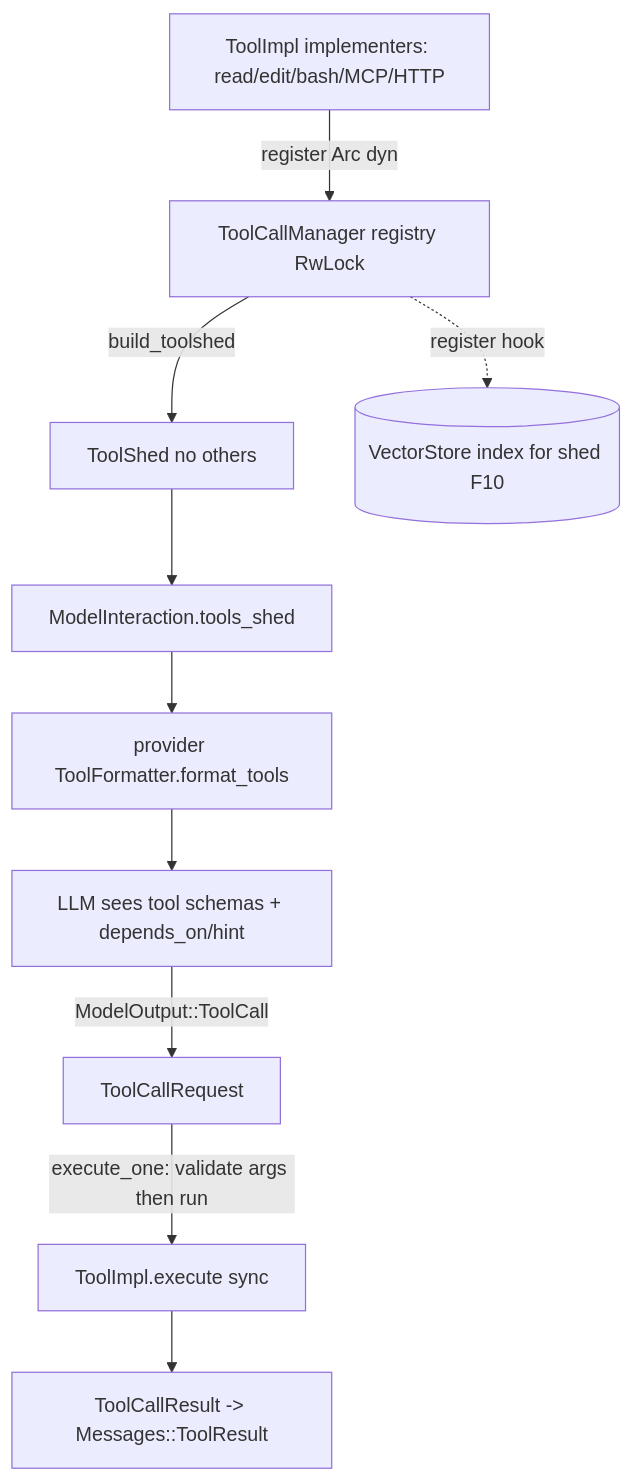
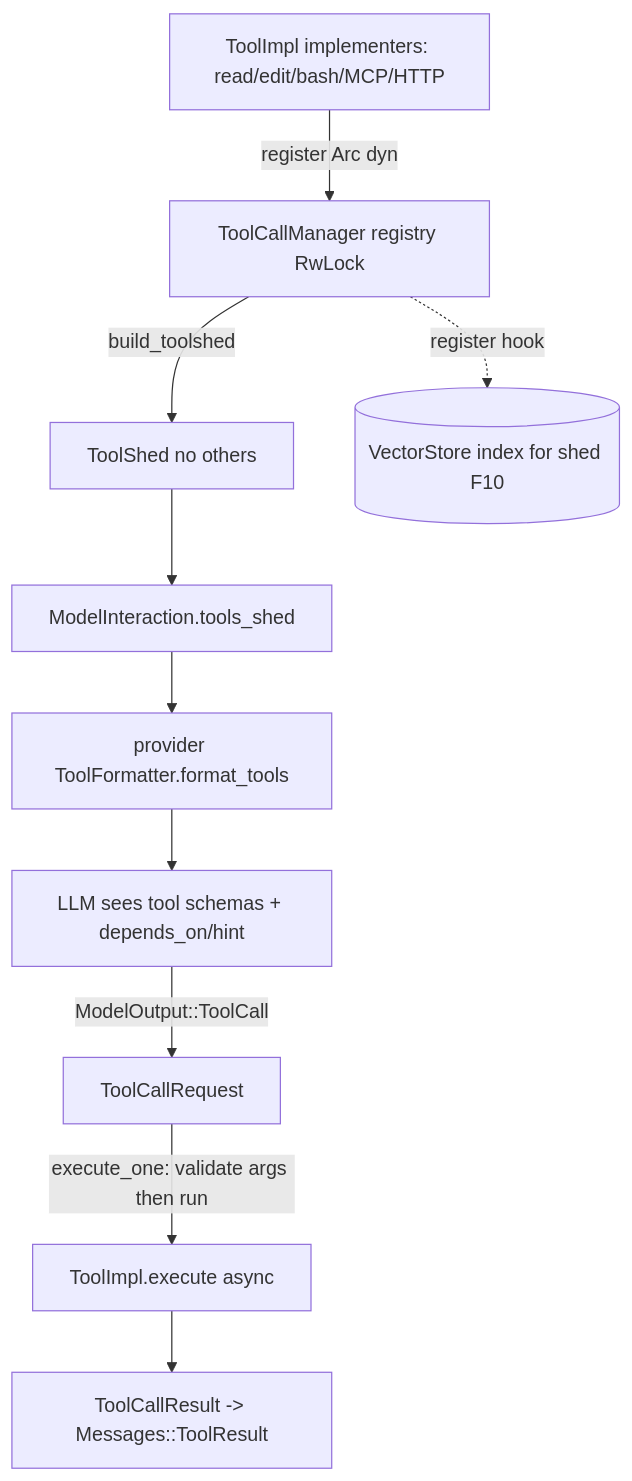
The diagram in specifications/36-agentic-api/features/09-toolimpl-registry/feature.md (ewe-studios/ewe_platform), drawn with Mermaid before and after one commit. The commit also changed other lines of this file and 29 other files, not shown here.

````diff
--- a/specifications/36-agentic-api/features/09-toolimpl-registry/feature.md
+++ b/specifications/36-agentic-api/features/09-toolimpl-registry/feature.md
@@ -170,12 +173,12 @@
 ```mermaid
 graph TD
     IMPL[ToolImpl implementers: read/edit/bash/MCP/HTTP] -->|register Arc dyn| REG[ToolCallManager registry RwLock]
     REG -->|build_toolshed| SHED[ToolShed no others]
     SHED --> MI[ModelInteraction.tools_shed]
     MI --> FMT[provider ToolFormatter.format_tools]
     FMT --> LLM[LLM sees tool schemas + depends_on/hint]
     LLM -->|ModelOutput::ToolCall| REQ[ToolCallRequest]
-    REQ -->|execute_one: validate args then run| RUN[ToolImpl.execute sync]
+    REQ -->|execute_one: validate args then run| RUN[ToolImpl.execute async]
     RUN --> RES[ToolCallResult -> Messages::ToolResult]
     REG -.register hook.-> IDX[(VectorStore index for shed F10)]
 ```
````
